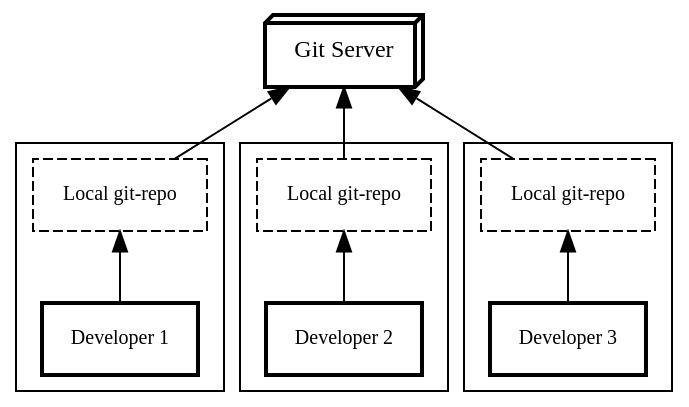
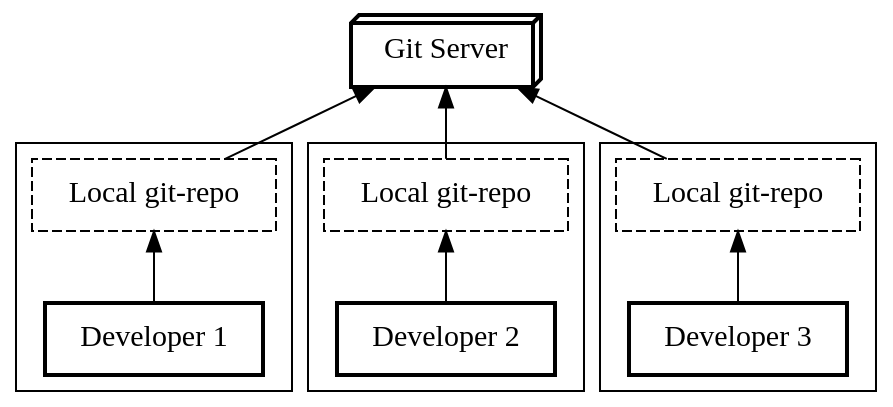
The diagram in slides/intro/src/docs/asciidoc/graphviz/git-system.dot (Gepardec/git-training), drawn with Graphviz before and after one commit. The commit also changed 15 other files, not shown here.

```diff
--- a/slides/intro/src/docs/asciidoc/graphviz/git-system.dot
+++ b/slides/intro/src/docs/asciidoc/graphviz/git-system.dot
@@ -1,35 +1,35 @@
 digraph svn_system {
         bgcolor="transparent";
         splines=line;
 
-        node[shape=circle,fontsize=12.0,shape="box3d"];
+        node[shape=circle,fontsize=15.0,shape="box3d"];
         "git"[label="Git Server",style="bold"];
 
-        node[ shape=circle,fontsize=10.0,shape="box",style="dashed"];
+        node[ shape=circle,fontsize=15.0,shape="box",style="dashed"];
         "git-dev-1"[label="Local git-repo",group="git-local"];
         "git-dev-2"[label="Local git-repo",group="git-local"];
         "git-dev-3"[label="Local git-repo",group="git-local"];
 
-        node[shape=circle,fontsize=10.0,style="bold",shape="box"];
+        node[shape=circle,fontsize=15.0,style="bold",shape="box"];
         "dev-1"[label="Developer 1"];
         "dev-2"[label="Developer 2"];
         "dev-3"[label="Developer 3"];
 
         edge[arrowhead=open,dir="back"]
         "git" -> {"git-dev-1" "git-dev-2" "git-dev-3"}
 
     subgraph cluster_0 {
         edge[arrowhead=open,dir="back"]
         "git-dev-1" -> "dev-1"
     }
 
     subgraph cluster_1 {
         edge[arrowhead=open,dir="back"]
         "git-dev-2" -> "dev-2"
     }
 
     subgraph cluster_2 {
         edge[arrowhead=open,dir="back"]
         "git-dev-3" -> "dev-3"
     }
 }
```
